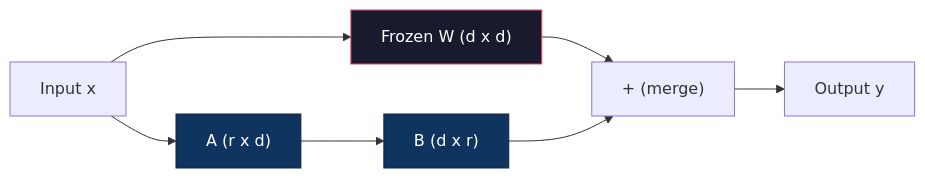
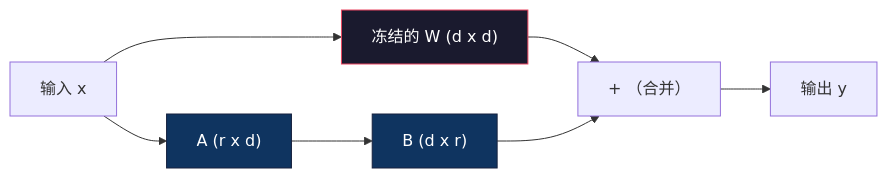
One commit to alessandrodinisio-ai/ai-engineering-learning-framework changed the first of 2 diagrams in phases/11-llm-engineering/08-fine-tuning-lora/docs/zh.md. Above: the diagram before and after it, drawn with Mermaid. The commit also changed other lines of this file and 120 other files, not shown here.

First line of the commit message:
i18n(mermaid): 337 个 mermaid 图表标签中文化

````diff
--- a/phases/11-llm-engineering/08-fine-tuning-lora/docs/zh.md
+++ b/phases/11-llm-engineering/08-fine-tuning-lora/docs/zh.md
@@ -61,13 +61,13 @@
 ```mermaid
 graph LR
-    X["Input x"] --> W["Frozen W (d x d)"]
+    X["输入 x"] --> W["冻结的 W (d x d)"]
     X --> A["A (r x d)"]
     A --> B["B (d x r)"]
-    W --> Plus["+ (merge)"]
+    W --> Plus["+ （合并）"]
     B --> Plus
-    Plus --> Y["Output y"]
+    Plus --> Y["输出 y"]
 
     style W fill:#1a1a2e,stroke:#e94560,color:#fff
     style A fill:#0f3460,stroke:#16213e,color:#fff
     style B fill:#0f3460,stroke:#16213e,color:#fff
 ```
````
